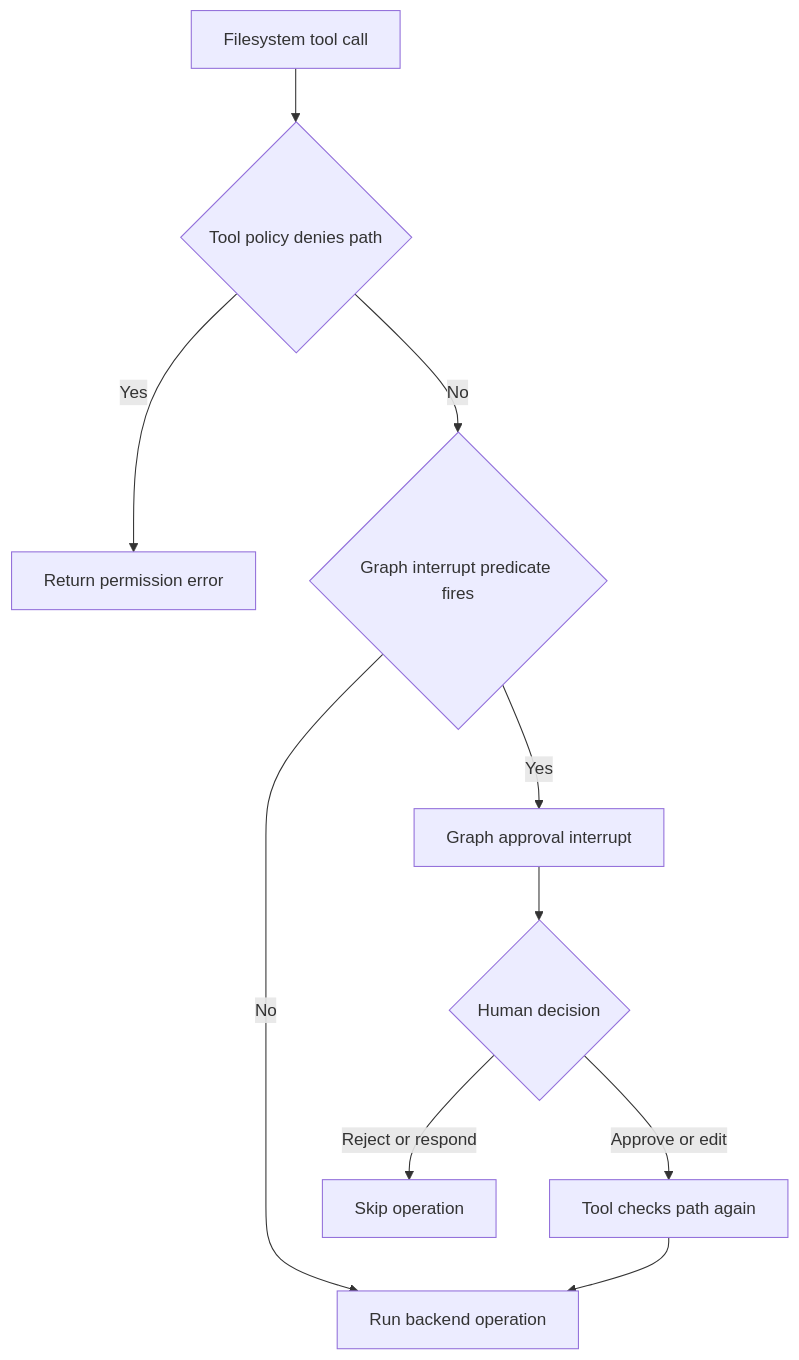
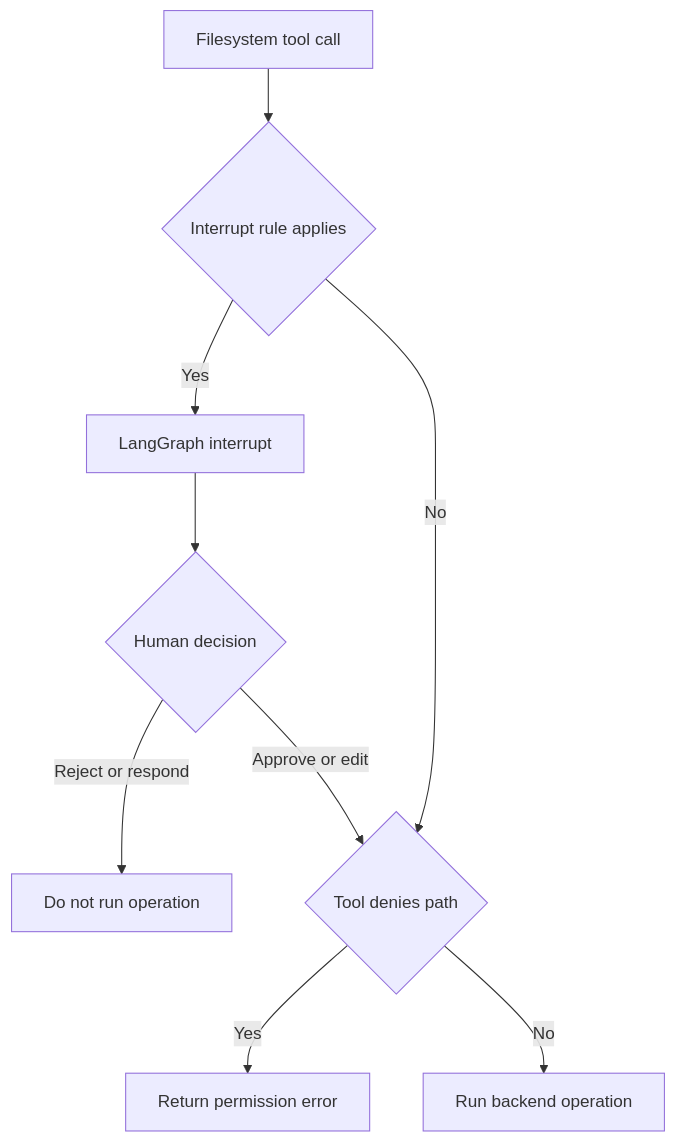
The first of 2 diagrams in openwiki/concepts/permissions-hitl.md (langchain-ai/deepagents), drawn with Mermaid before and after one commit. The commit also changed other lines of this file and 41 other files, not shown here.

````diff
--- a/openwiki/concepts/permissions-hitl.md
+++ b/openwiki/concepts/permissions-hitl.md
@@ -92,12 +78,11 @@
 ```mermaid
 flowchart TD
-    Call["Filesystem tool call"] --> DenyCheck{"Tool policy denies path"}
-    DenyCheck -->|Yes| Denied["Return permission error"]
-    DenyCheck -->|No| Gate{"Graph interrupt predicate fires"}
-    Gate -->|No| Run["Run backend operation"]
-    Gate -->|Yes| Pause["Graph approval interrupt"]
+    Call["Filesystem tool call"] --> Gate{"Interrupt rule applies"}
+    Gate -->|Yes| Pause["LangGraph interrupt"]
     Pause --> Decision{"Human decision"}
-    Decision -->|Approve or edit| Recheck["Tool checks path again"]
-    Decision -->|Reject or respond| Skip["Skip operation"]
-    Recheck --> Run
+    Decision -->|Reject or respond| Stop["Do not run operation"]
+    Decision -->|Approve or edit| Check
+    Gate -->|No| Check{"Tool denies path"}
+    Check -->|Yes| Denied["Return permission error"]
+    Check -->|No| Run["Run backend operation"]
 ```
````
